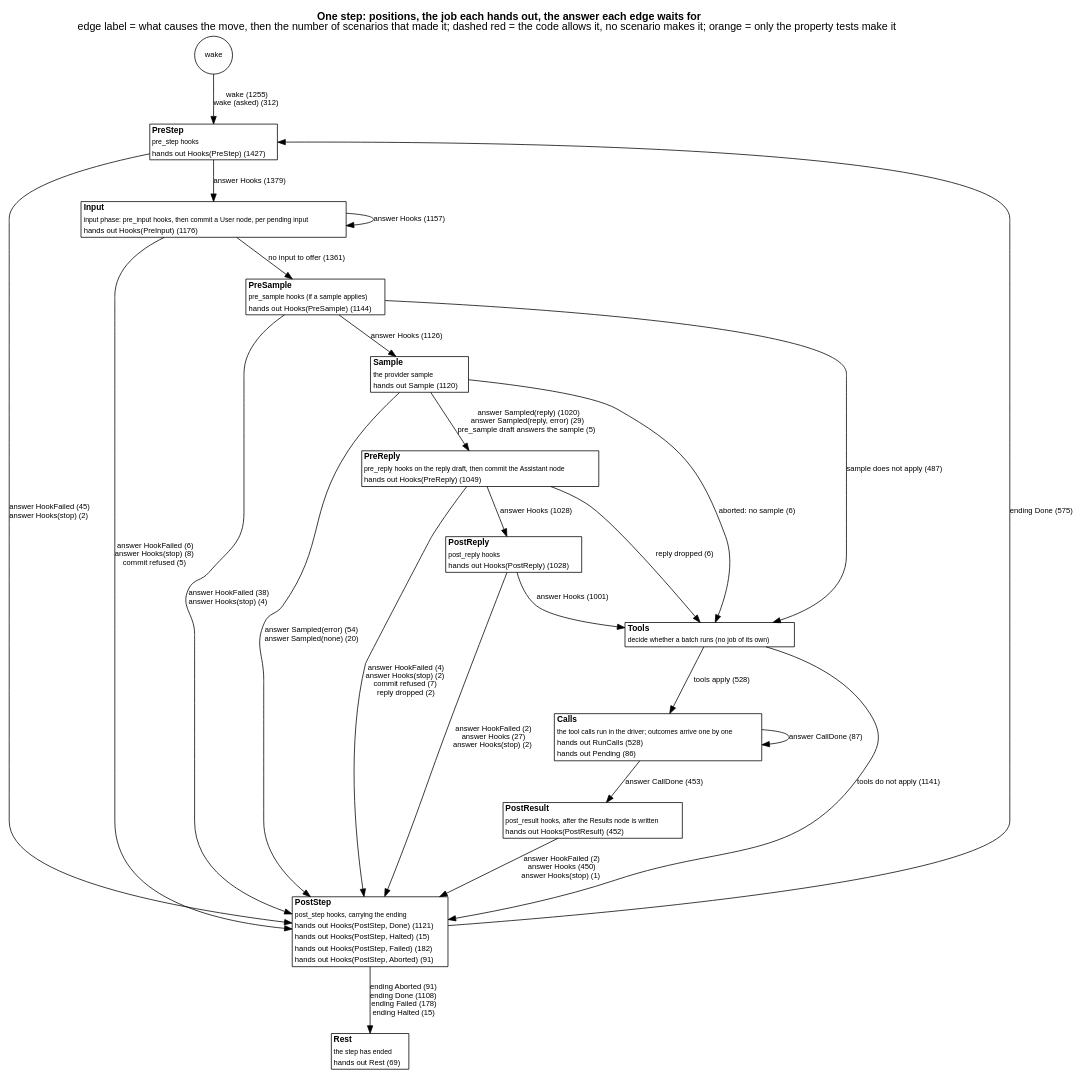
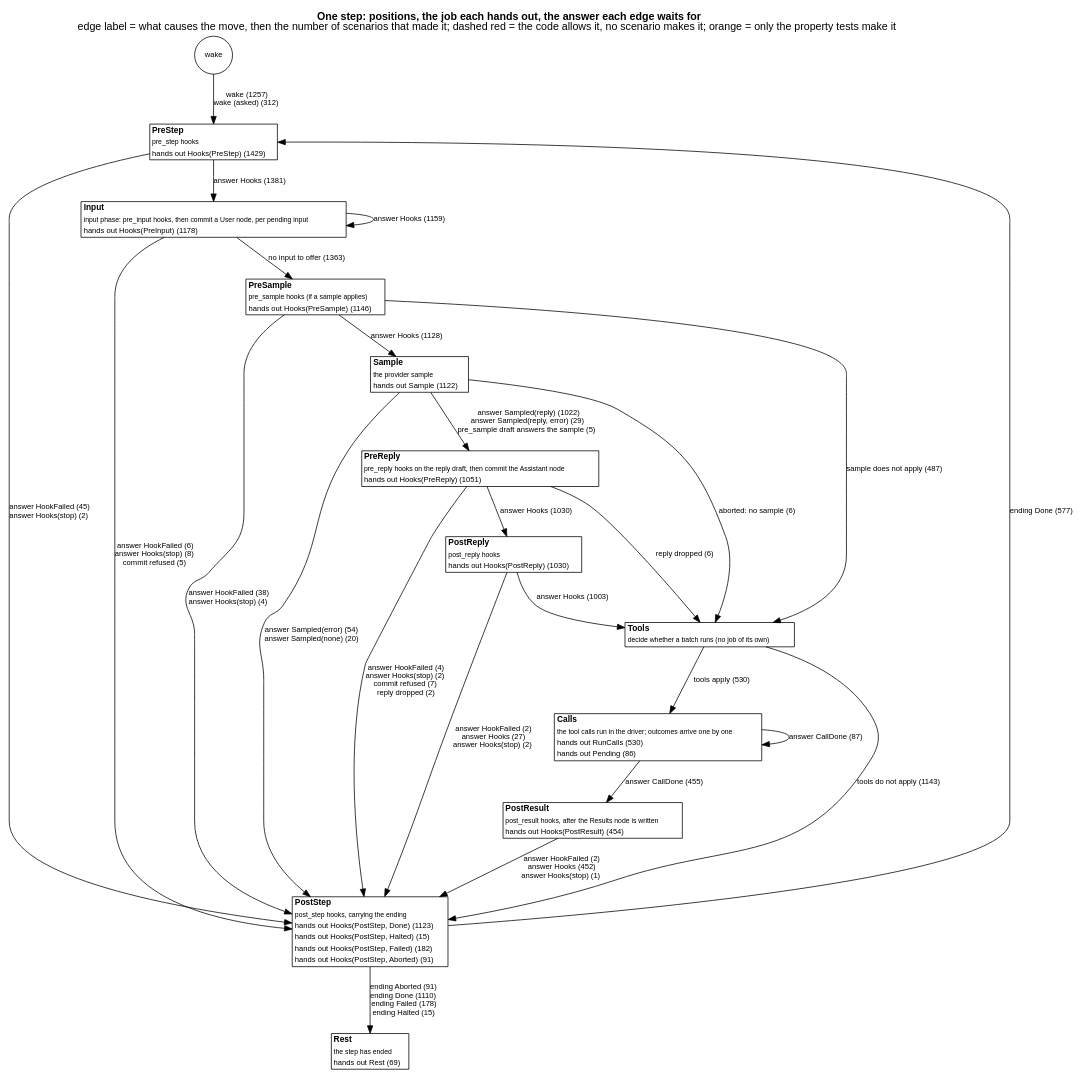
One commit to jmccardle/tau changed the diagram in docs/as-built/diagrams/step-positions.dot. Above: the diagram before and after it, drawn with Graphviz. The commit also changed 14 other files, not shown here.

```diff
--- a/docs/as-built/diagrams/step-positions.dot
+++ b/docs/as-built/diagrams/step-positions.dot
@@ -1,42 +1,42 @@
 // Generated by scripts/diagrams.sh from the test suites' transitions. Do not edit.
 digraph step_positions {
   graph [rankdir=TB, fontname="Helvetica", nodesep=0.5, ranksep=0.6, labelloc=t, label=<<b>One step: positions, the job each hands out, the answer each edge waits for</b><br/>edge label = what causes the move, then the number of scenarios that made it; dashed red = the code allows it, no scenario makes it; orange = only the property tests make it>];
   node [shape=plain, fontname="Helvetica", fontsize=11];
   edge [fontname="Helvetica", fontsize=10];
   "(wake)" [shape=circle, label="wake", fontsize=10];
-  "PreStep" [label=<<table border="1" cellborder="0" cellspacing="0" bgcolor="white"><tr><td align="left"><b>PreStep</b></td></tr><tr><td align="left"><font point-size="9">pre_step hooks</font></td></tr><tr><td align="left"><font color="black" point-size="10">hands out Hooks(PreStep) (1427)</font></td></tr></table>>];
-  "Input" [label=<<table border="1" cellborder="0" cellspacing="0" bgcolor="white"><tr><td align="left"><b>Input</b></td></tr><tr><td align="left"><font point-size="9">input phase: pre_input hooks, then commit a User node, per pending input</font></td></tr><tr><td align="left"><font color="black" point-size="10">hands out Hooks(PreInput) (1176)</font></td></tr></table>>];
-  "PreSample" [label=<<table border="1" cellborder="0" cellspacing="0" bgcolor="white"><tr><td align="left"><b>PreSample</b></td></tr><tr><td align="left"><font point-size="9">pre_sample hooks (if a sample applies)</font></td></tr><tr><td align="left"><font color="black" point-size="10">hands out Hooks(PreSample) (1144)</font></td></tr></table>>];
-  "Sample" [label=<<table border="1" cellborder="0" cellspacing="0" bgcolor="white"><tr><td align="left"><b>Sample</b></td></tr><tr><td align="left"><font point-size="9">the provider sample</font></td></tr><tr><td align="left"><font color="black" point-size="10">hands out Sample (1120)</font></td></tr></table>>];
-  "PreReply" [label=<<table border="1" cellborder="0" cellspacing="0" bgcolor="white"><tr><td align="left"><b>PreReply</b></td></tr><tr><td align="left"><font point-size="9">pre_reply hooks on the reply draft, then commit the Assistant node</font></td></tr><tr><td align="left"><font color="black" point-size="10">hands out Hooks(PreReply) (1049)</font></td></tr></table>>];
-  "PostReply" [label=<<table border="1" cellborder="0" cellspacing="0" bgcolor="white"><tr><td align="left"><b>PostReply</b></td></tr><tr><td align="left"><font point-size="9">post_reply hooks</font></td></tr><tr><td align="left"><font color="black" point-size="10">hands out Hooks(PostReply) (1028)</font></td></tr></table>>];
+  "PreStep" [label=<<table border="1" cellborder="0" cellspacing="0" bgcolor="white"><tr><td align="left"><b>PreStep</b></td></tr><tr><td align="left"><font point-size="9">pre_step hooks</font></td></tr><tr><td align="left"><font color="black" point-size="10">hands out Hooks(PreStep) (1429)</font></td></tr></table>>];
+  "Input" [label=<<table border="1" cellborder="0" cellspacing="0" bgcolor="white"><tr><td align="left"><b>Input</b></td></tr><tr><td align="left"><font point-size="9">input phase: pre_input hooks, then commit a User node, per pending input</font></td></tr><tr><td align="left"><font color="black" point-size="10">hands out Hooks(PreInput) (1178)</font></td></tr></table>>];
+  "PreSample" [label=<<table border="1" cellborder="0" cellspacing="0" bgcolor="white"><tr><td align="left"><b>PreSample</b></td></tr><tr><td align="left"><font point-size="9">pre_sample hooks (if a sample applies)</font></td></tr><tr><td align="left"><font color="black" point-size="10">hands out Hooks(PreSample) (1146)</font></td></tr></table>>];
+  "Sample" [label=<<table border="1" cellborder="0" cellspacing="0" bgcolor="white"><tr><td align="left"><b>Sample</b></td></tr><tr><td align="left"><font point-size="9">the provider sample</font></td></tr><tr><td align="left"><font color="black" point-size="10">hands out Sample (1122)</font></td></tr></table>>];
+  "PreReply" [label=<<table border="1" cellborder="0" cellspacing="0" bgcolor="white"><tr><td align="left"><b>PreReply</b></td></tr><tr><td align="left"><font point-size="9">pre_reply hooks on the reply draft, then commit the Assistant node</font></td></tr><tr><td align="left"><font color="black" point-size="10">hands out Hooks(PreReply) (1051)</font></td></tr></table>>];
+  "PostReply" [label=<<table border="1" cellborder="0" cellspacing="0" bgcolor="white"><tr><td align="left"><b>PostReply</b></td></tr><tr><td align="left"><font point-size="9">post_reply hooks</font></td></tr><tr><td align="left"><font color="black" point-size="10">hands out Hooks(PostReply) (1030)</font></td></tr></table>>];
   "Tools" [label=<<table border="1" cellborder="0" cellspacing="0" bgcolor="white"><tr><td align="left"><b>Tools</b></td></tr><tr><td align="left"><font point-size="9">decide whether a batch runs (no job of its own)</font></td></tr></table>>];
-  "Calls" [label=<<table border="1" cellborder="0" cellspacing="0" bgcolor="white"><tr><td align="left"><b>Calls</b></td></tr><tr><td align="left"><font point-size="9">the tool calls run in the driver; outcomes arrive one by one</font></td></tr><tr><td align="left"><font color="black" point-size="10">hands out RunCalls (528)</font></td></tr><tr><td align="left"><font color="black" point-size="10">hands out Pending (86)</font></td></tr></table>>];
-  "PostResult" [label=<<table border="1" cellborder="0" cellspacing="0" bgcolor="white"><tr><td align="left"><b>PostResult</b></td></tr><tr><td align="left"><font point-size="9">post_result hooks, after the Results node is written</font></td></tr><tr><td align="left"><font color="black" point-size="10">hands out Hooks(PostResult) (452)</font></td></tr></table>>];
-  "PostStep" [label=<<table border="1" cellborder="0" cellspacing="0" bgcolor="white"><tr><td align="left"><b>PostStep</b></td></tr><tr><td align="left"><font point-size="9">post_step hooks, carrying the ending</font></td></tr><tr><td align="left"><font color="black" point-size="10">hands out Hooks(PostStep, Done) (1121)</font></td></tr><tr><td align="left"><font color="black" point-size="10">hands out Hooks(PostStep, Halted) (15)</font></td></tr><tr><td align="left"><font color="black" point-size="10">hands out Hooks(PostStep, Failed) (182)</font></td></tr><tr><td align="left"><font color="black" point-size="10">hands out Hooks(PostStep, Aborted) (91)</font></td></tr></table>>];
+  "Calls" [label=<<table border="1" cellborder="0" cellspacing="0" bgcolor="white"><tr><td align="left"><b>Calls</b></td></tr><tr><td align="left"><font point-size="9">the tool calls run in the driver; outcomes arrive one by one</font></td></tr><tr><td align="left"><font color="black" point-size="10">hands out RunCalls (530)</font></td></tr><tr><td align="left"><font color="black" point-size="10">hands out Pending (86)</font></td></tr></table>>];
+  "PostResult" [label=<<table border="1" cellborder="0" cellspacing="0" bgcolor="white"><tr><td align="left"><b>PostResult</b></td></tr><tr><td align="left"><font point-size="9">post_result hooks, after the Results node is written</font></td></tr><tr><td align="left"><font color="black" point-size="10">hands out Hooks(PostResult) (454)</font></td></tr></table>>];
+  "PostStep" [label=<<table border="1" cellborder="0" cellspacing="0" bgcolor="white"><tr><td align="left"><b>PostStep</b></td></tr><tr><td align="left"><font point-size="9">post_step hooks, carrying the ending</font></td></tr><tr><td align="left"><font color="black" point-size="10">hands out Hooks(PostStep, Done) (1123)</font></td></tr><tr><td align="left"><font color="black" point-size="10">hands out Hooks(PostStep, Halted) (15)</font></td></tr><tr><td align="left"><font color="black" point-size="10">hands out Hooks(PostStep, Failed) (182)</font></td></tr><tr><td align="left"><font color="black" point-size="10">hands out Hooks(PostStep, Aborted) (91)</font></td></tr></table>>];
   "Rest" [label=<<table border="1" cellborder="0" cellspacing="0" bgcolor="white"><tr><td align="left"><b>Rest</b></td></tr><tr><td align="left"><font point-size="9">the step has ended</font></td></tr><tr><td align="left"><font color="black" point-size="10">hands out Rest (69)</font></td></tr></table>>];
-  "(wake)" -> "PreStep" [label=<wake (1255)<br/>wake (asked) (312)>, color="black", style=solid];
+  "(wake)" -> "PreStep" [label=<wake (1257)<br/>wake (asked) (312)>, color="black", style=solid];
   "Calls" -> "Calls" [label=<answer CallDone (87)>, color="black", style=solid];
-  "Calls" -> "PostResult" [label=<answer CallDone (453)>, color="black", style=solid];
-  "Input" -> "Input" [label=<answer Hooks (1157)>, color="black", style=solid];
+  "Calls" -> "PostResult" [label=<answer CallDone (455)>, color="black", style=solid];
+  "Input" -> "Input" [label=<answer Hooks (1159)>, color="black", style=solid];
   "Input" -> "PostStep" [label=<answer HookFailed (6)<br/>answer Hooks(stop) (8)<br/>commit refused (5)>, color="black", style=solid];
-  "Input" -> "PreSample" [label=<no input to offer (1361)>, color="black", style=solid];
+  "Input" -> "PreSample" [label=<no input to offer (1363)>, color="black", style=solid];
   "PostReply" -> "PostStep" [label=<answer HookFailed (2)<br/>answer Hooks (27)<br/>answer Hooks(stop) (2)>, color="black", style=solid];
-  "PostReply" -> "Tools" [label=<answer Hooks (1001)>, color="black", style=solid];
-  "PostResult" -> "PostStep" [label=<answer HookFailed (2)<br/>answer Hooks (450)<br/>answer Hooks(stop) (1)>, color="black", style=solid];
-  "PostStep" -> "PreStep" [label=<ending Done (575)>, color="black", style=solid];
-  "PostStep" -> "Rest" [label=<ending Aborted (91)<br/>ending Done (1108)<br/>ending Failed (178)<br/>ending Halted (15)>, color="black", style=solid];
-  "PreReply" -> "PostReply" [label=<answer Hooks (1028)>, color="black", style=solid];
+  "PostReply" -> "Tools" [label=<answer Hooks (1003)>, color="black", style=solid];
+  "PostResult" -> "PostStep" [label=<answer HookFailed (2)<br/>answer Hooks (452)<br/>answer Hooks(stop) (1)>, color="black", style=solid];
+  "PostStep" -> "PreStep" [label=<ending Done (577)>, color="black", style=solid];
+  "PostStep" -> "Rest" [label=<ending Aborted (91)<br/>ending Done (1110)<br/>ending Failed (178)<br/>ending Halted (15)>, color="black", style=solid];
+  "PreReply" -> "PostReply" [label=<answer Hooks (1030)>, color="black", style=solid];
   "PreReply" -> "PostStep" [label=<answer HookFailed (4)<br/>answer Hooks(stop) (2)<br/>commit refused (7)<br/>reply dropped (2)>, color="black", style=solid];
   "PreReply" -> "Tools" [label=<reply dropped (6)>, color="black", style=solid];
   "PreSample" -> "PostStep" [label=<answer HookFailed (38)<br/>answer Hooks(stop) (4)>, color="black", style=solid];
-  "PreSample" -> "Sample" [label=<answer Hooks (1126)>, color="black", style=solid];
+  "PreSample" -> "Sample" [label=<answer Hooks (1128)>, color="black", style=solid];
   "PreSample" -> "Tools" [label=<sample does not apply (487)>, color="black", style=solid];
-  "PreStep" -> "Input" [label=<answer Hooks (1379)>, color="black", style=solid];
+  "PreStep" -> "Input" [label=<answer Hooks (1381)>, color="black", style=solid];
   "PreStep" -> "PostStep" [label=<answer HookFailed (45)<br/>answer Hooks(stop) (2)>, color="black", style=solid];
   "Sample" -> "PostStep" [label=<answer Sampled(error) (54)<br/>answer Sampled(none) (20)>, color="black", style=solid];
-  "Sample" -> "PreReply" [label=<answer Sampled(reply) (1020)<br/>answer Sampled(reply, error) (29)<br/>pre_sample draft answers the sample (5)>, color="black", style=solid];
+  "Sample" -> "PreReply" [label=<answer Sampled(reply) (1022)<br/>answer Sampled(reply, error) (29)<br/>pre_sample draft answers the sample (5)>, color="black", style=solid];
   "Sample" -> "Tools" [label=<aborted: no sample (6)>, color="black", style=solid];
-  "Tools" -> "Calls" [label=<tools apply (528)>, color="black", style=solid];
-  "Tools" -> "PostStep" [label=<tools do not apply (1141)>, color="black", style=solid];
+  "Tools" -> "Calls" [label=<tools apply (530)>, color="black", style=solid];
+  "Tools" -> "PostStep" [label=<tools do not apply (1143)>, color="black", style=solid];
 }
```
